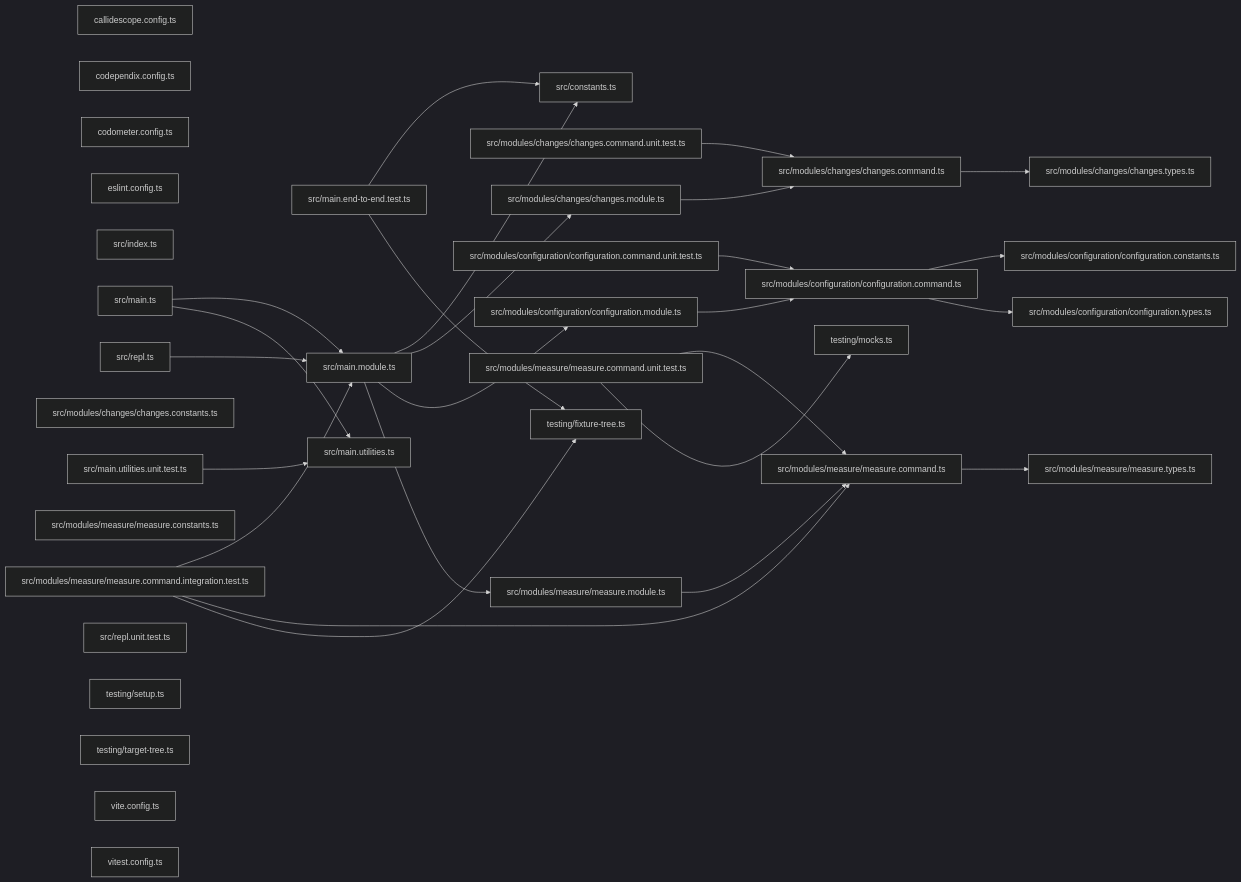
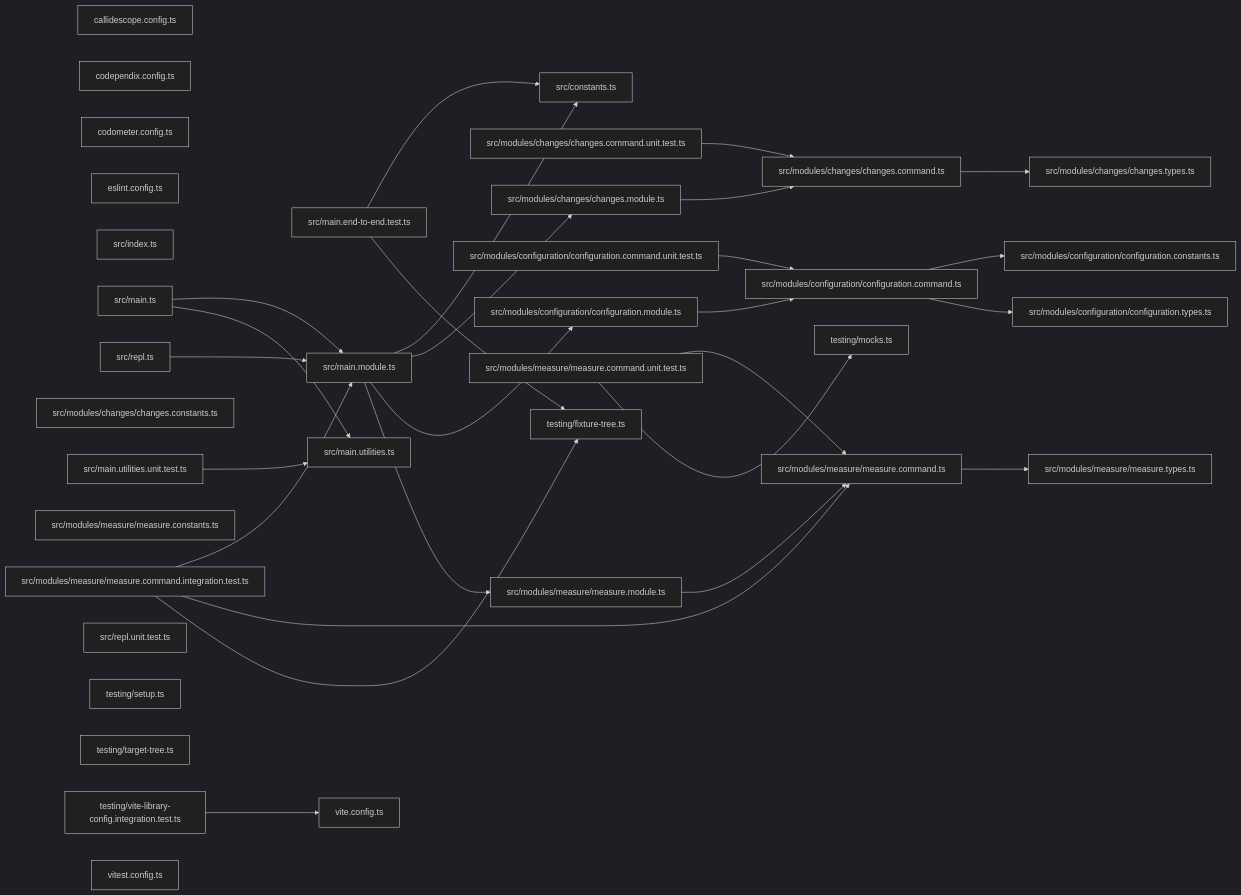
Before and after one commit to Organizzolini/codebase: the third of 3 diagrams in packages/ic-suite/codometer/codometer-cli/README.md, drawn with Mermaid (dark theme). The commit also changed 6 other files, not shown here.

````diff
--- a/packages/ic-suite/codometer/codometer-cli/README.md
+++ b/packages/ic-suite/codometer/codometer-cli/README.md
@@ -987,62 +987,64 @@
 ```mermaid
 graph LR
   file_callidescope_config_ts["callidescope.config.ts"]
   file_codependix_config_ts["codependix.config.ts"]
   file_codometer_config_ts["codometer.config.ts"]
   file_eslint_config_ts["eslint.config.ts"]
   file_src_constants_ts["src/constants.ts"]
   file_src_index_ts["src/index.ts"]
   file_src_main_end_to_end_test_ts["src/main.end-to-end.test.ts"]
   file_src_main_module_ts["src/main.module.ts"]
   file_src_main_ts["src/main.ts"]
   file_src_main_utilities_ts["src/main.utilities.ts"]
   file_src_main_utilities_unit_test_ts["src/main.utilities.unit.test.ts"]
   file_src_modules_changes_changes_command_ts["src/modules/changes/changes.command.ts"]
   file_src_modules_changes_changes_command_unit_test_ts["src/modules/changes/changes.command.unit.test.ts"]
   file_src_modules_changes_changes_constants_ts["src/modules/changes/changes.constants.ts"]
   file_src_modules_changes_changes_module_ts["src/modules/changes/changes.module.ts"]
   file_src_modules_changes_changes_types_ts["src/modules/changes/changes.types.ts"]
   file_src_modules_configuration_configuration_command_ts["src/modules/configuration/configuration.command.ts"]
   file_src_modules_configuration_configuration_command_unit_test_ts["src/modules/configuration/configuration.command.unit.test.ts"]
   file_src_modules_configuration_configuration_constants_ts["src/modules/configuration/configuration.constants.ts"]
   file_src_modules_configuration_configuration_module_ts["src/modules/configuration/configuration.module.ts"]
   file_src_modules_configuration_configuration_types_ts["src/modules/configuration/configuration.types.ts"]
   file_src_modules_measure_measure_command_integration_test_ts["src/modules/measure/measure.command.integration.test.ts"]
   file_src_modules_measure_measure_command_ts["src/modules/measure/measure.command.ts"]
   file_src_modules_measure_measure_command_unit_test_ts["src/modules/measure/measure.command.unit.test.ts"]
   file_src_modules_measure_measure_constants_ts["src/modules/measure/measure.constants.ts"]
   file_src_modules_measure_measure_module_ts["src/modules/measure/measure.module.ts"]
   file_src_modules_measure_measure_types_ts["src/modules/measure/measure.types.ts"]
   file_src_repl_ts["src/repl.ts"]
   file_src_repl_unit_test_ts["src/repl.unit.test.ts"]
   file_testing_fixture_tree_ts["testing/fixture-tree.ts"]
   file_testing_mocks_ts["testing/mocks.ts"]
   file_testing_setup_ts["testing/setup.ts"]
   file_testing_target_tree_ts["testing/target-tree.ts"]
+  file_testing_vite_library_config_integration_test_ts["testing/vite-library-config.integration.test.ts"]
   file_vite_config_ts["vite.config.ts"]
   file_vitest_config_ts["vitest.config.ts"]
   file_src_main_end_to_end_test_ts --> file_src_constants_ts
   file_src_main_end_to_end_test_ts --> file_testing_fixture_tree_ts
   file_src_main_module_ts --> file_src_constants_ts
   file_src_main_module_ts --> file_src_modules_changes_changes_module_ts
   file_src_main_module_ts --> file_src_modules_configuration_configuration_module_ts
   file_src_main_module_ts --> file_src_modules_measure_measure_module_ts
   file_src_main_ts --> file_src_main_module_ts
   file_src_main_ts --> file_src_main_utilities_ts
   file_src_main_utilities_unit_test_ts --> file_src_main_utilities_ts
   file_src_modules_changes_changes_command_ts --> file_src_modules_changes_changes_types_ts
   file_src_modules_changes_changes_command_unit_test_ts --> file_src_modules_changes_changes_command_ts
   file_src_modules_changes_changes_module_ts --> file_src_modules_changes_changes_command_ts
   file_src_modules_configuration_configuration_command_ts --> file_src_modules_configuration_configuration_constants_ts
   file_src_modules_configuration_configuration_command_ts --> file_src_modules_configuration_configuration_types_ts
   file_src_modules_configuration_configuration_command_unit_test_ts --> file_src_modules_configuration_configuration_command_ts
   file_src_modules_configuration_configuration_module_ts --> file_src_modules_configuration_configuration_command_ts
   file_src_modules_measure_measure_command_integration_test_ts --> file_src_main_module_ts
   file_src_modules_measure_measure_command_integration_test_ts --> file_src_modules_measure_measure_command_ts
   file_src_modules_measure_measure_command_integration_test_ts --> file_testing_fixture_tree_ts
   file_src_modules_measure_measure_command_ts --> file_src_modules_measure_measure_types_ts
   file_src_modules_measure_measure_command_unit_test_ts --> file_src_modules_measure_measure_command_ts
   file_src_modules_measure_measure_command_unit_test_ts --> file_testing_mocks_ts
   file_src_modules_measure_measure_module_ts --> file_src_modules_measure_measure_command_ts
   file_src_repl_ts --> file_src_main_module_ts
+  file_testing_vite_library_config_integration_test_ts --> file_vite_config_ts
 ```
````
